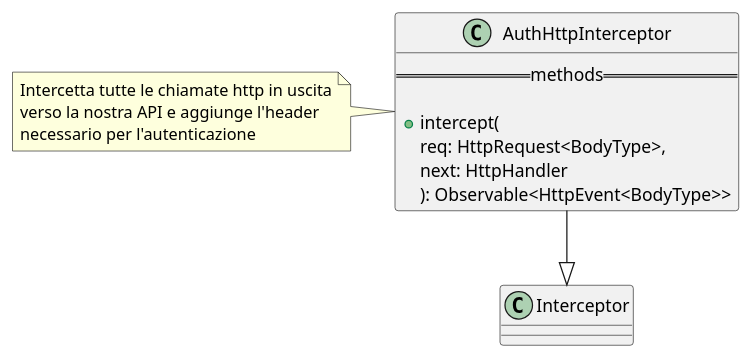
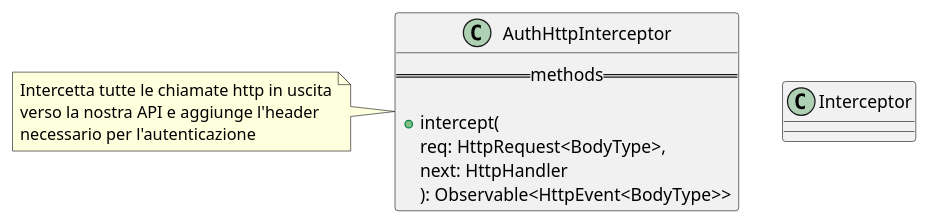
One commit to GruppOne/stalker-web-app changed the diagram in docs/diagrams/src/services/auth-http-interceptorservice.pu. Above: the diagram before and after it, drawn with PlantUML. The commit also changed 30 other files, not shown here.

Commit message:
docs: complete all class diagrams and add package diagram, improve allegato

```diff
--- a/docs/diagrams/src/services/auth-http-interceptorservice.pu
+++ b/docs/diagrams/src/services/auth-http-interceptorservice.pu
@@ -1,20 +1,18 @@
 @startuml AuthHttpInterceptor
 class Interceptor
 
 class AuthHttpInterceptor {
   == methods ==
 
   + intercept(
     req: HttpRequest<BodyType>,
     next: HttpHandler
     ): Observable<HttpEvent<BodyType>>
 }
 
 note left of AuthHttpInterceptor
 Intercetta tutte le chiamate http in uscita
 verso la nostra API e aggiunge l'header
 necessario per l'autenticazione
 end note
-
-AuthHttpInterceptor --|> Interceptor
 @enduml
```
